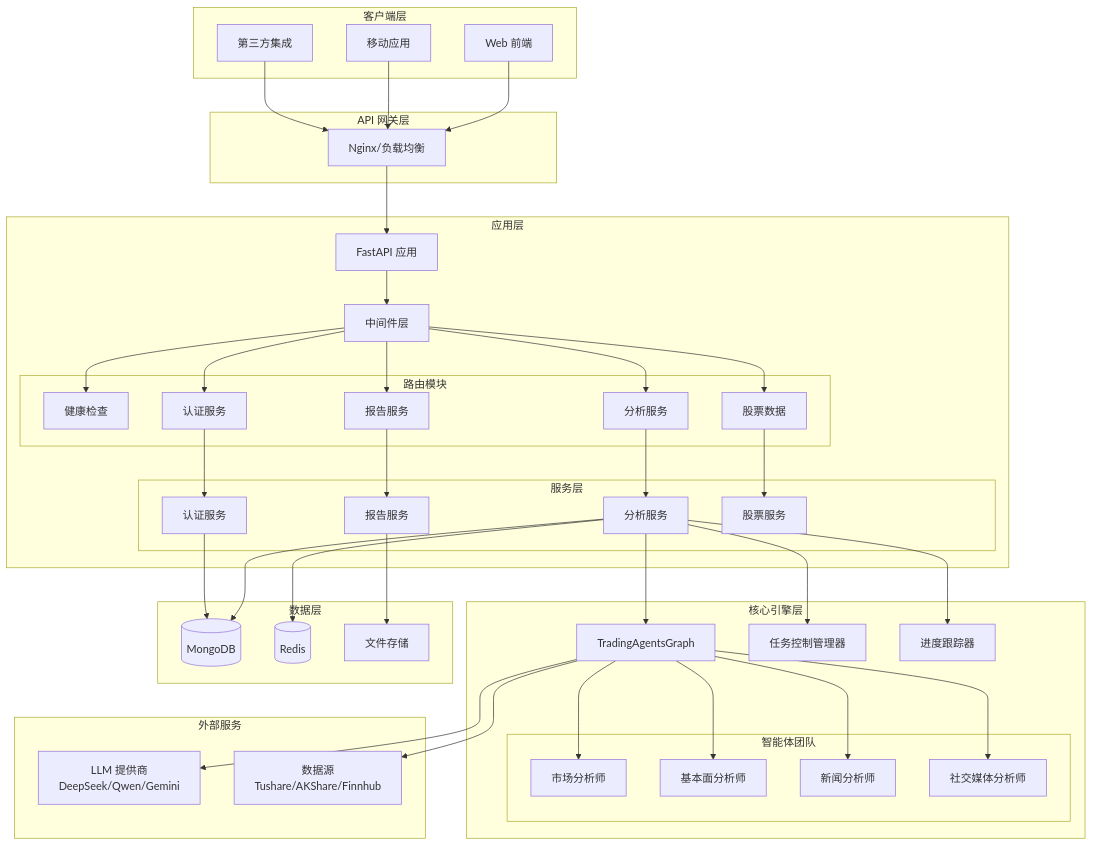
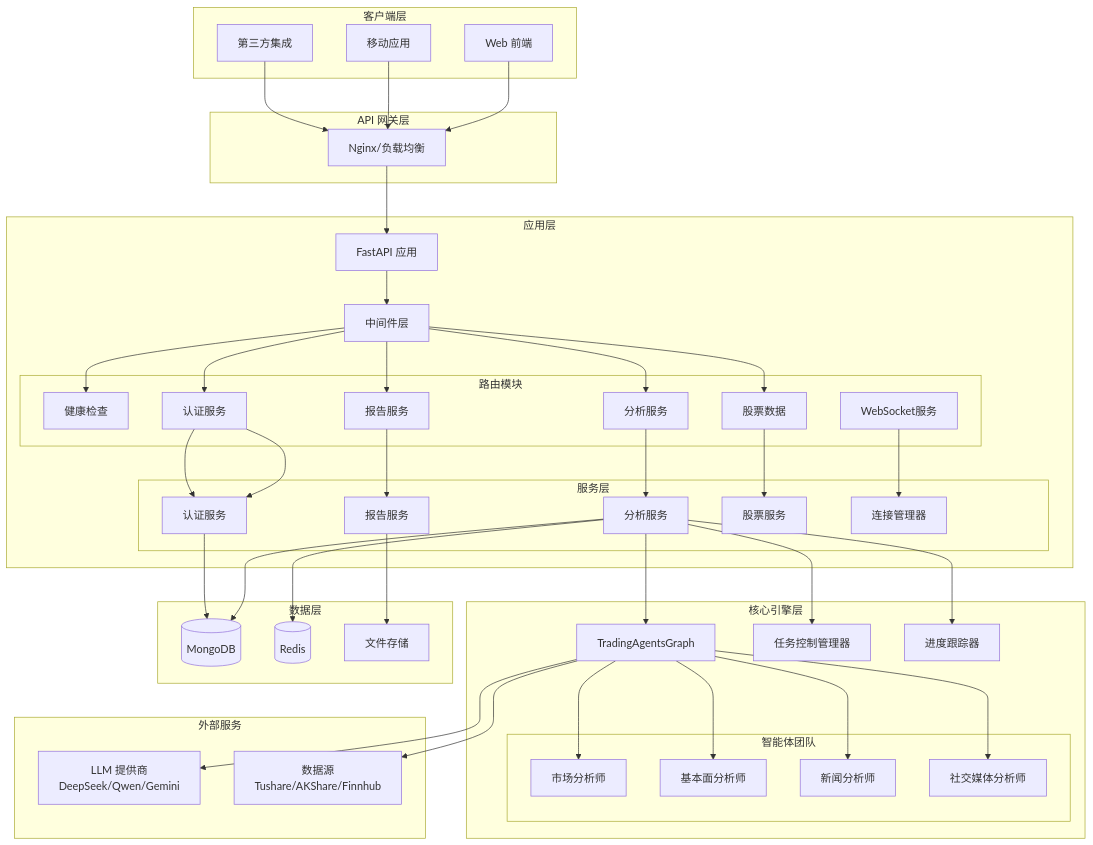
The first of 3 diagrams in app/后端服务接口架构设计.md (ytwei72/TradingAgents-CN), drawn with Mermaid before and after one commit. The commit also changed other lines of this file and 10 other files, not shown here.

```diff
--- a/app/后端服务接口架构设计.md
+++ b/app/后端服务接口架构设计.md
@@ -66,14 +66,19 @@
             AnalysisRouter[分析服务]
             ReportRouter[报告服务]
             AuthRouter[认证服务]
+            ReportRouter[报告服务]
+            AuthRouter[认证服务]
             StockRouter[股票数据]
+            WebSocketRouter[WebSocket服务]
         end
         
         subgraph "服务层"
             AnalysisService[分析服务]
             ReportService[报告服务]
             AuthService[认证服务]
+            AuthService[认证服务]
             StockService[股票服务]
+            WebSocketManager[连接管理器]
         end
     end
     
@@ -117,7 +122,9 @@
     AnalysisRouter --> AnalysisService
     ReportRouter --> ReportService
     AuthRouter --> AuthService
+    AuthRouter --> AuthService
     StockRouter --> StockService
+    WebSocketRouter --> WebSocketManager
     
     AnalysisService --> TradingGraph
     AnalysisService --> TaskManager
```
